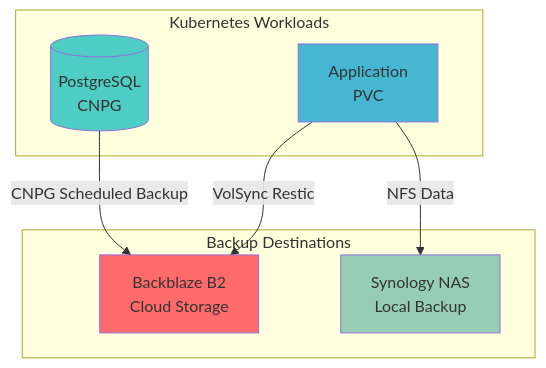
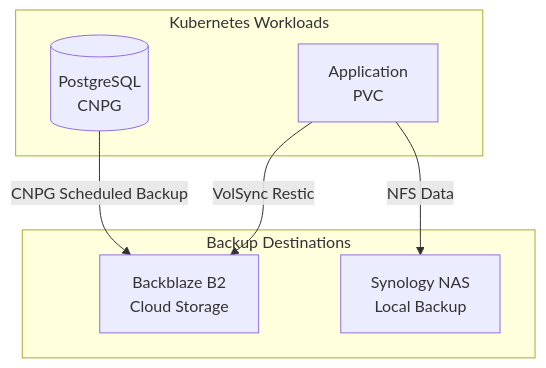
Before and after one commit to tscibilia/home-ops: the third of 3 diagrams in docs/infrastructure/architecture.md, drawn with Mermaid. The commit also changed other lines of this file and 9 other files, not shown here.

````diff
--- a/docs/infrastructure/architecture.md
+++ b/docs/infrastructure/architecture.md
@@ -281,21 +238,16 @@
 ```mermaid
 graph TB
     subgraph "Kubernetes Workloads"
         DB[(PostgreSQL<br/>CNPG)]
         APP[Application<br/>PVC]
     end
 
     subgraph "Backup Destinations"
         B2[Backblaze B2<br/>Cloud Storage]
         SYNO[Synology NAS<br/>Local Backup]
     end
 
     DB -->|CNPG Scheduled Backup| B2
     APP -->|VolSync Restic| B2
     APP -->|NFS Data| SYNO
-
-    style DB fill:#4ecdc4
-    style APP fill:#45b7d1
-    style B2 fill:#ff6b6b
-    style SYNO fill:#96ceb4
 ```
````
